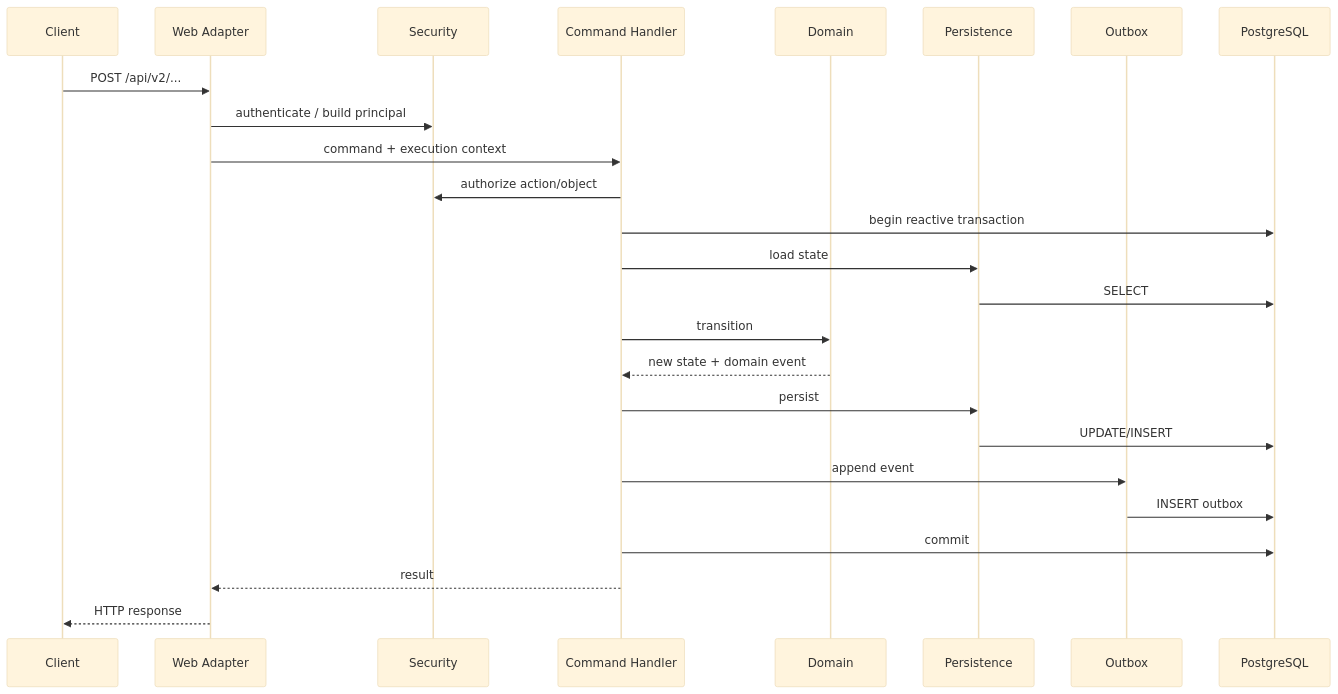
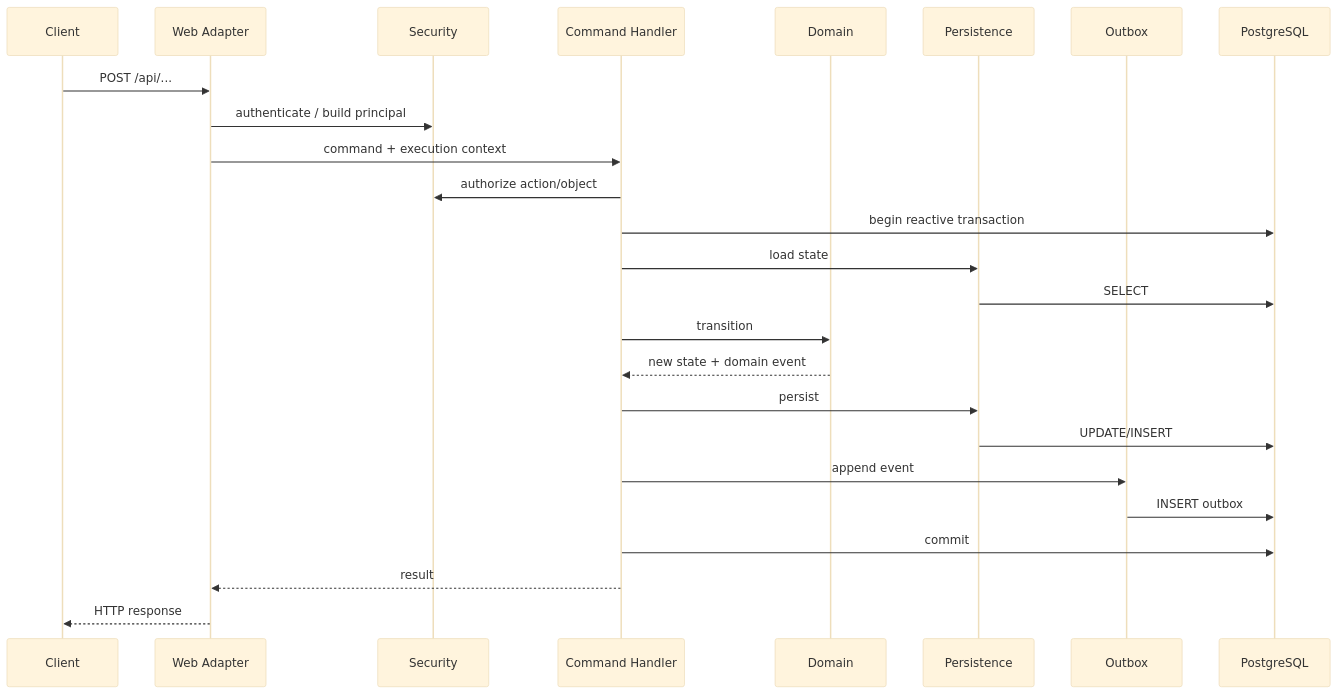
The third of 5 diagrams in docs/v2/Technical-Architecture-Design.md (ikaros-dev/ikaros), drawn with Mermaid (base theme) before and after one commit. The commit also changed other lines of this file, not shown here.

Commit message:
docs: remove v2 from package and API naming

````diff
--- a/docs/v2/Technical-Architecture-Design.md
+++ b/docs/v2/Technical-Architecture-Design.md
@@ -1232,28 +1232,28 @@
 ```mermaid
 sequenceDiagram
     participant C as Client
     participant W as Web Adapter
     participant S as Security
     participant H as Command Handler
     participant D as Domain
     participant P as Persistence
     participant O as Outbox
     participant DB as PostgreSQL
 
-    C->>W: POST /api/v2/...
+    C->>W: POST /api/...
     W->>S: authenticate / build principal
     W->>H: command + execution context
     H->>S: authorize action/object
     H->>DB: begin reactive transaction
     H->>P: load state
     P->>DB: SELECT
     H->>D: transition
     D-->>H: new state + domain event
     H->>P: persist
     P->>DB: UPDATE/INSERT
     H->>O: append event
     O->>DB: INSERT outbox
     H->>DB: commit
     H-->>W: result
     W-->>C: HTTP response
 ```
````
